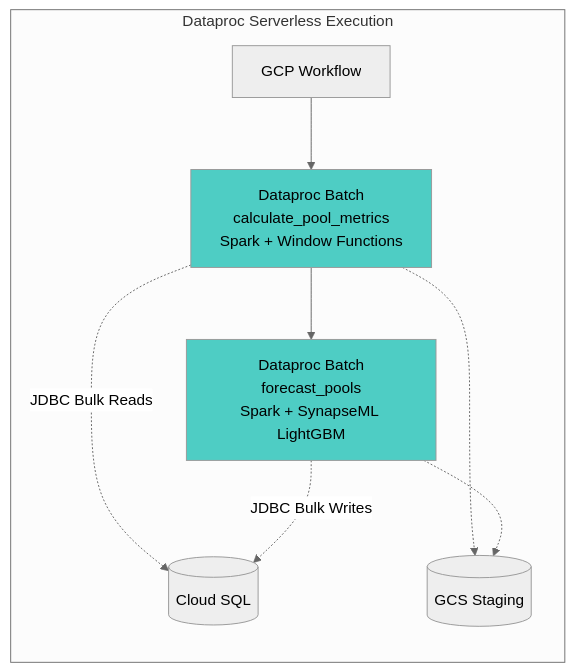
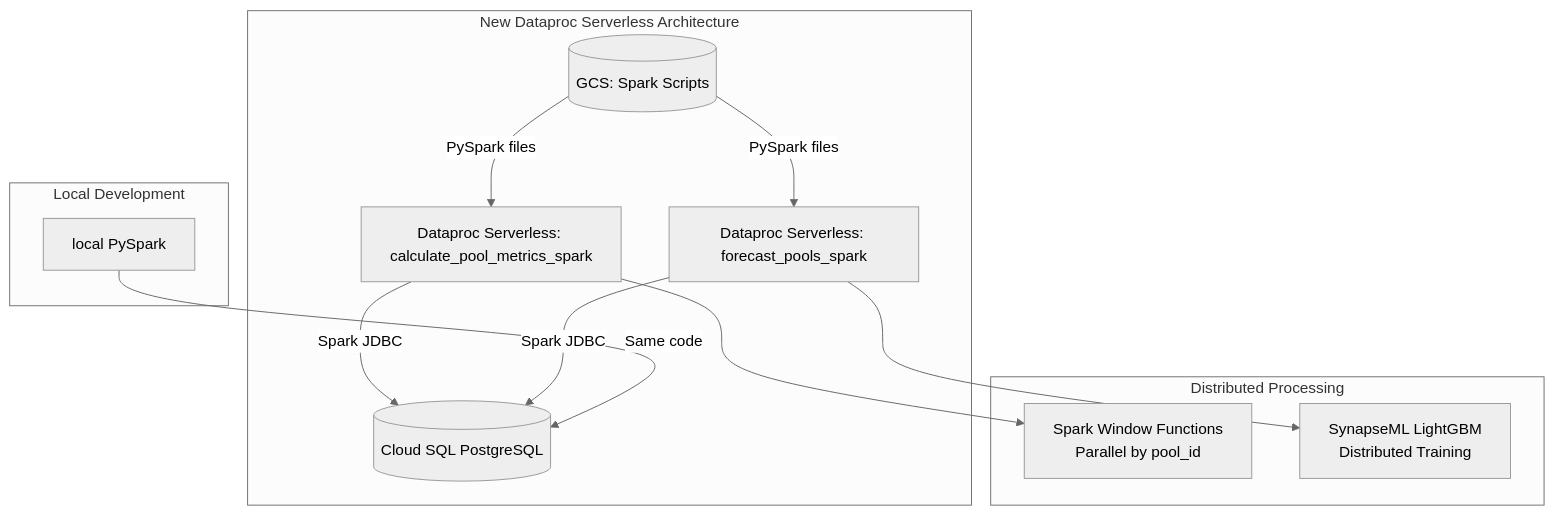
The second of 4 diagrams in context/dataproc_serverless_migration_plan.md (Geokoumpa/StablecoinPoolOpt), drawn with Mermaid (neutral theme) before and after one commit. The commit also changed other lines of this file, not shown here.

````diff
--- a/context/dataproc_serverless_migration_plan.md
+++ b/context/dataproc_serverless_migration_plan.md
@@ -60,14 +32,24 @@
 ```mermaid
-flowchart LR
-    subgraph "Dataproc Serverless Execution"
-        WF[GCP Workflow] --> DP1[Dataproc Batch<br/>calculate_pool_metrics<br/>Spark + Window Functions]
-        DP1 --> DP2[Dataproc Batch<br/>forecast_pools<br/>Spark + SynapseML LightGBM]
-        DP1 -.->|JDBC Bulk Reads| CS[(Cloud SQL)]
-        DP2 -.->|JDBC Bulk Writes| CS
-        DP1 -.-> GCS[(GCS Staging)]
-        DP2 -.-> GCS
+flowchart TB
+    subgraph "New Dataproc Serverless Architecture"
+        DP1[Dataproc Serverless: calculate_pool_metrics_spark]
+        DP2[Dataproc Serverless: forecast_pools_spark]
+        DB[(Cloud SQL PostgreSQL)]
+        GCS[(GCS: Spark Scripts)]
+        
+        DP1 -->|Spark JDBC| DB
+        DP2 -->|Spark JDBC| DB
+        GCS -->|PySpark files| DP1
+        GCS -->|PySpark files| DP2
     end
     
-    style DP1 fill:#4ecdc4
-    style DP2 fill:#4ecdc4
+    subgraph "Distributed Processing"
+        DP1 --> S1[Spark Window Functions<br/>Parallel by pool_id]
+        DP2 --> S2[SynapseML LightGBM<br/>Distributed Training]
+    end
+    
+    subgraph "Local Development"
+        LOCAL[local PySpark]
+        LOCAL -->|Same code| DB
+    end
 ```
````
